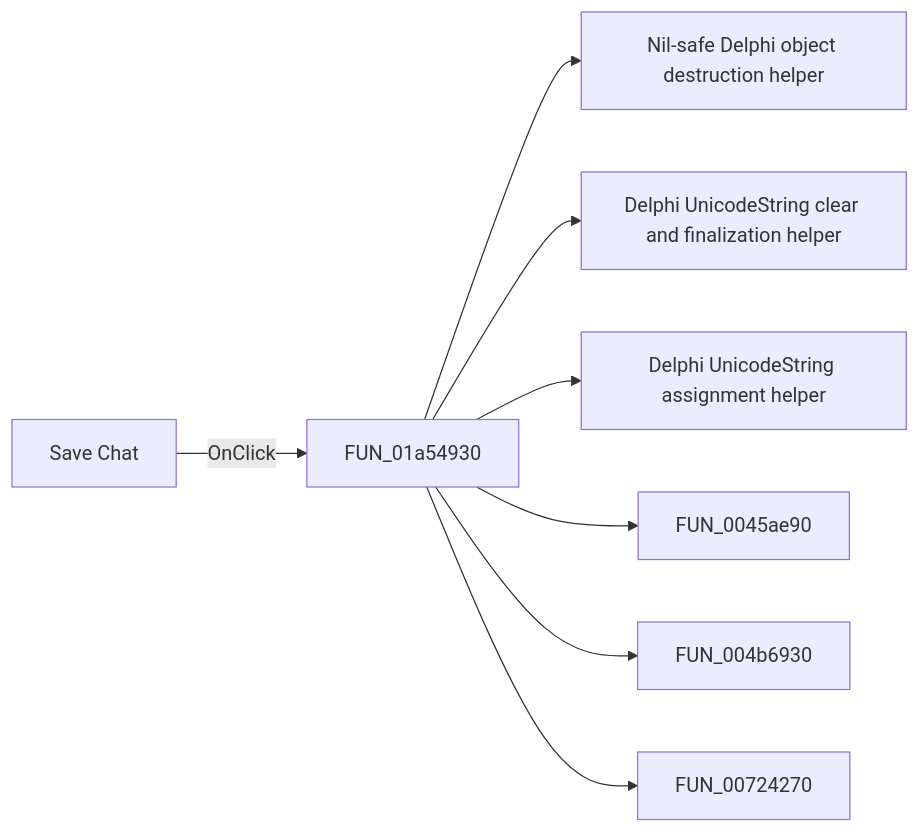
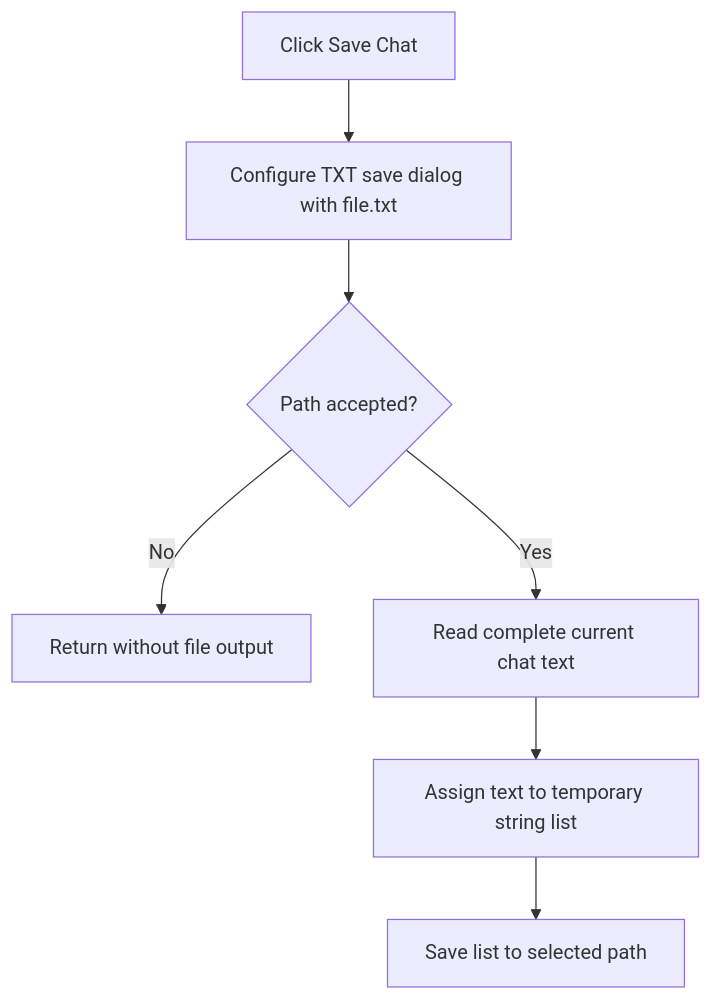
Before and after one commit to MovGP0/TIARA: the diagram in docs/ui-controls/localllmform/sbsave-137f7f1cda.md, drawn with Mermaid. The commit also changed other lines of this file and 1062 other files, not shown here.

````diff
--- a/docs/ui-controls/localllmform/sbsave-137f7f1cda.md
+++ b/docs/ui-controls/localllmform/sbsave-137f7f1cda.md
@@ -27,10 +29,9 @@
 ```mermaid
-flowchart LR
-    control["Save Chat"] -->|OnClick| handler["FUN_01a54930"]
-    handler --> call1["Nil-safe Delphi object destruction helper"]
-    handler --> call2["Delphi UnicodeString clear and finalization helper"]
-    handler --> call3["Delphi UnicodeString assignment helper"]
-    handler --> call4["FUN_0045ae90"]
-    handler --> call5["FUN_004b6930"]
-    handler --> call6["FUN_00724270"]
+flowchart TD
+    control["Click Save Chat"] --> dialog["Configure TXT save dialog with file.txt"]
+    dialog --> accepted{"Path accepted?"}
+    accepted -->|No| cancel["Return without file output"]
+    accepted -->|Yes| read["Read complete current chat text"]
+    read --> list["Assign text to temporary string list"]
+    list --> write["Save list to selected path"]
 ```
````
